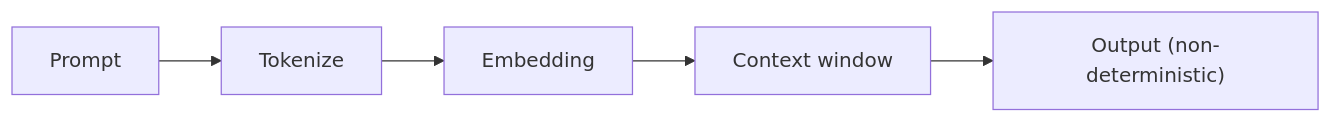
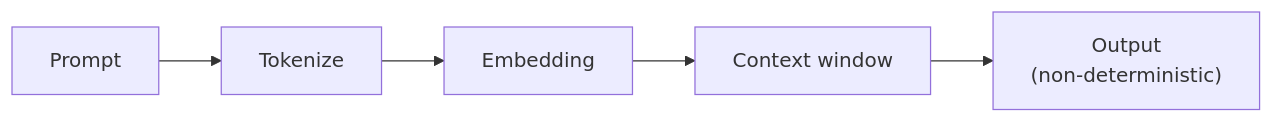
The second of 3 diagrams in docs/curriculum/MODULE-02-ai-foundation.md (heino-labs/gen-ai-labs), drawn with Mermaid before and after one commit. The commit also changed other lines of this file and 10 other files, not shown here.

Commit message:
Refactor MODULE-09-capstone.md and README.md for clarity and structure; enhance narrative flow and emphasize evidence-based learning in AI testing curriculum.

````diff
--- a/docs/curriculum/MODULE-02-ai-foundation.md
+++ b/docs/curriculum/MODULE-02-ai-foundation.md
@@ -120,7 +66,4 @@
 ```mermaid
 flowchart LR
-    P["Prompt"] --> T["Tokenize"]
-    T --> E["Embedding"]
-    E --> C["Context window"]
-    C --> O["Output (non-deterministic)"]
+    P["Prompt"] --> T["Tokenize"] --> E["Embedding"] --> C["Context window"] --> O["Output<br/>(non-deterministic)"]
 ```
````
